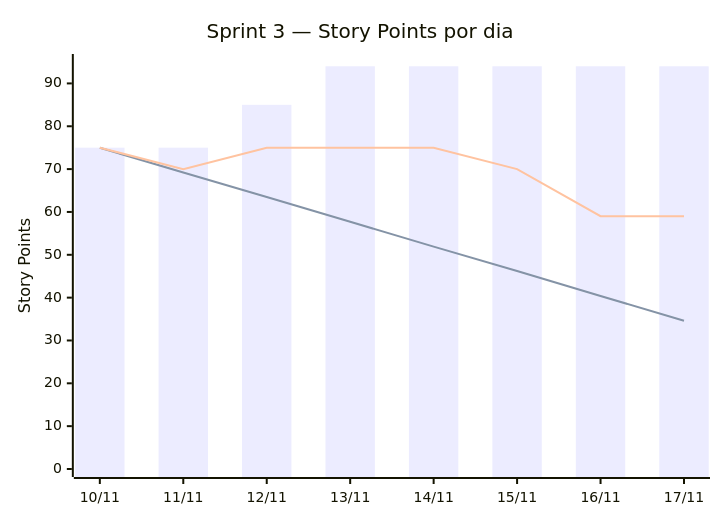
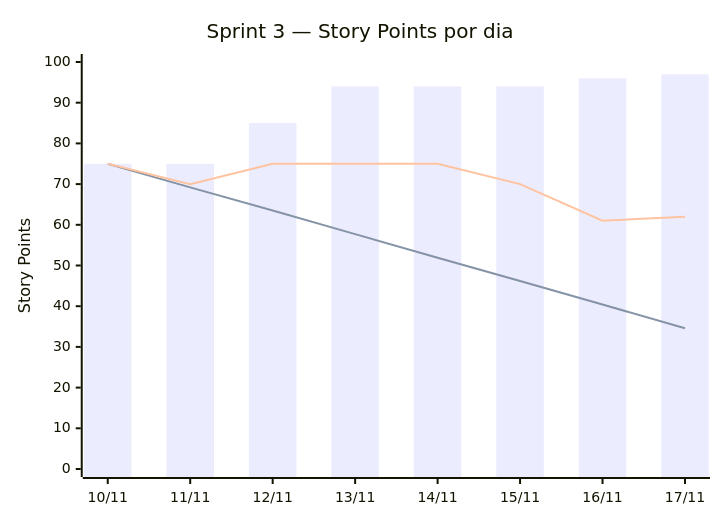
The diagram in docs/sprints/sprint-3/burndown.md (DEVassos/ecopulse-app), drawn with Mermaid before and after one commit. The commit also changed other lines of this file, not shown here.

Commit message:
docs(processo): regera o burndown com os novos story points (#365)

````diff
--- a/docs/sprints/sprint-3/burndown.md
+++ b/docs/sprints/sprint-3/burndown.md
@@ -5,9 +5,9 @@
 ```mermaid
 xychart-beta
     title "Sprint 3 — Story Points por dia"
     x-axis ["10/11", "11/11", "12/11", "13/11", "14/11", "15/11", "16/11", "17/11"]
-    y-axis "Story Points" 0 --> 95
-    bar [75, 75, 85, 94, 94, 94, 94, 94]
+    y-axis "Story Points" 0 --> 100
+    bar [75, 75, 85, 94, 94, 94, 96, 97]
     line [75, 69.2, 63.5, 57.7, 51.9, 46.2, 40.4, 34.6]
-    line [75, 70, 75, 75, 75, 70, 59, 59]
+    line [75, 70, 75, 75, 75, 70, 61, 62]
 ```
````
